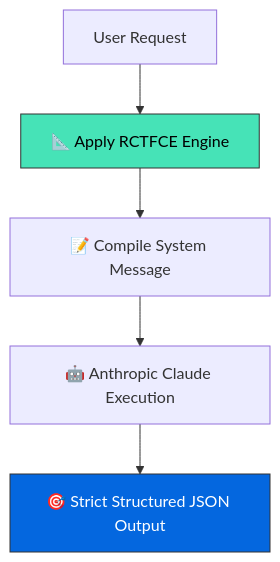
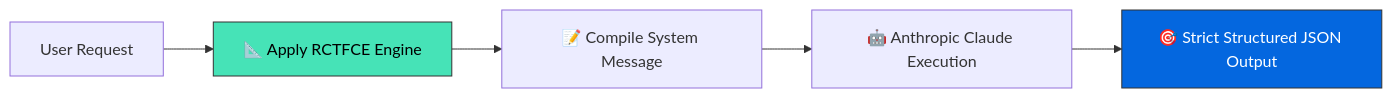
Before and after one commit to Gedendhar-5/Gedendhar-5: the fourth of 7 diagrams in README.md, drawn with Mermaid. The commit also changed other lines of this file, not shown here.

````diff
--- a/README.md
+++ b/README.md
@@ -183,9 +185,9 @@
 ```mermaid
-graph TD
+graph LR
     Raw["User Request"] --> RCTFCE["📐 Apply RCTFCE Engine"]
     RCTFCE --> System["📝 Compile System Message"]
     System --> Inference["🤖 Anthropic Claude Execution"]
     Inference --> Format["🎯 Strict Structured JSON Output"]
     style RCTFCE fill:#46e3b7,stroke:#333,color:#000
     style Format fill:#0467df,stroke:#333,color:#fff
 ```
````
